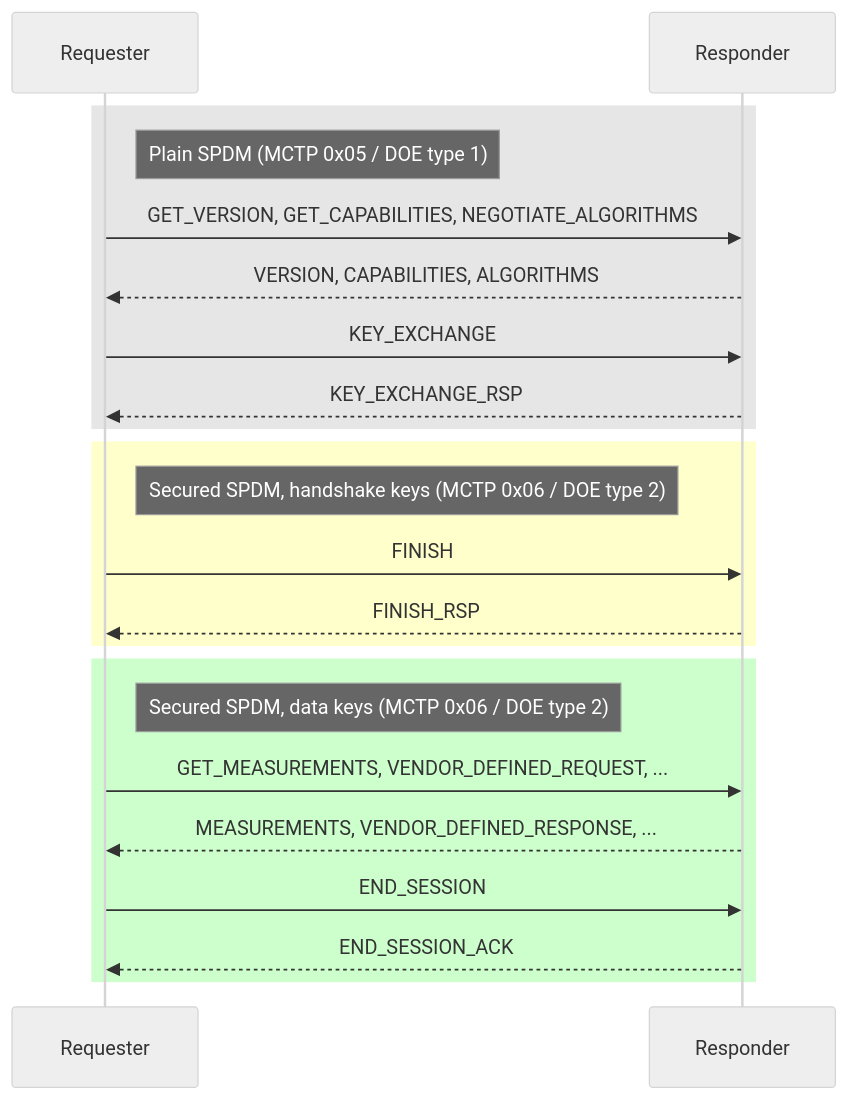
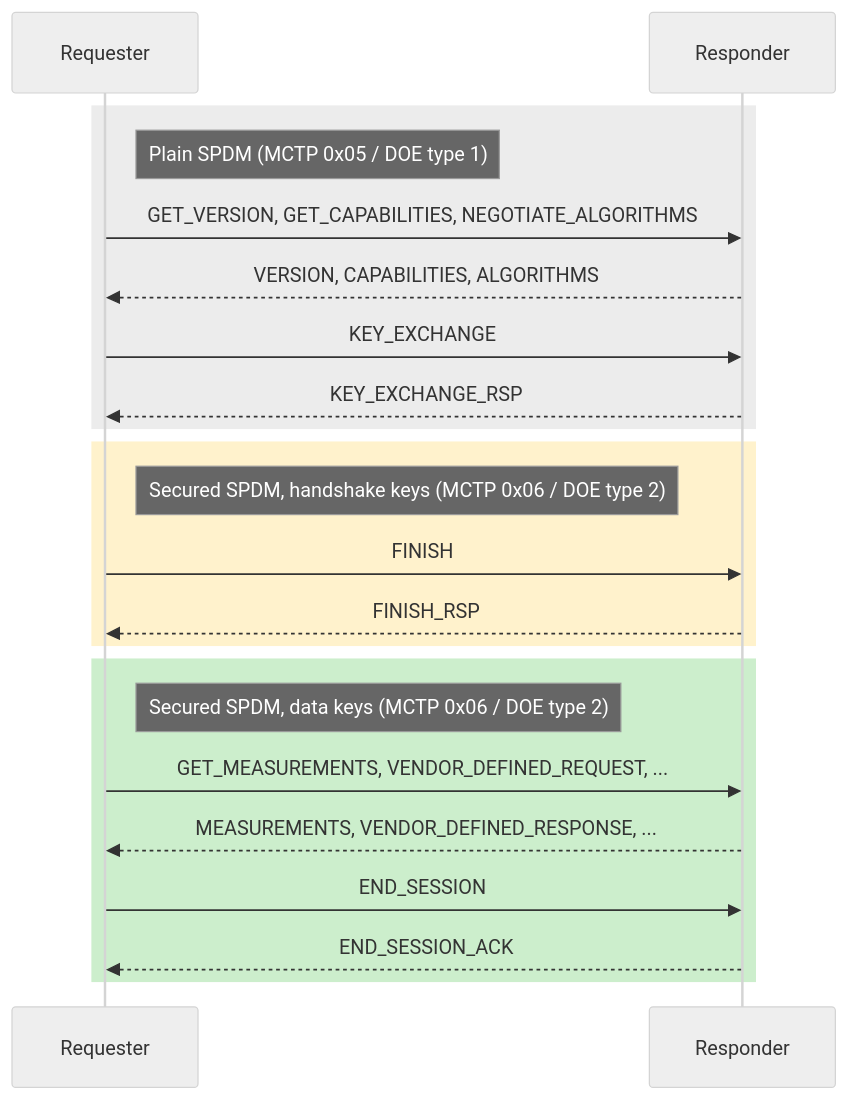
The third of 4 diagrams in docs/src/spdm.md (chipsalliance/caliptra-mcu-sw), drawn with Mermaid (neutral theme) before and after one commit. The commit also changed other lines of this file, not shown here.

Commit message:
Adjust diagram colors, update SPDM spec link to v1.4.0

````diff
--- a/docs/src/spdm.md
+++ b/docs/src/spdm.md
@@ -310,25 +310,25 @@
 ```mermaid
 sequenceDiagram
     participant Requester
     participant Responder
 
-    rect rgb(230, 230, 230)
+    rect rgba(128, 128, 128, 0.15)
         note right of Requester: Plain SPDM (MCTP 0x05 / DOE type 1)
         Requester->>Responder: GET_VERSION, GET_CAPABILITIES, NEGOTIATE_ALGORITHMS
         Responder-->>Requester: VERSION, CAPABILITIES, ALGORITHMS
         Requester->>Responder: KEY_EXCHANGE
         Responder-->>Requester: KEY_EXCHANGE_RSP
     end
-    rect rgb(255, 255, 204)
+    rect rgba(255, 191, 0, 0.2)
         note right of Requester: Secured SPDM, handshake keys (MCTP 0x06 / DOE type 2)
         Requester->>Responder: FINISH
         Responder-->>Requester: FINISH_RSP
     end
-    rect rgb(204, 255, 204)
+    rect rgba(0, 170, 0, 0.2)
         note right of Requester: Secured SPDM, data keys (MCTP 0x06 / DOE type 2)
         Requester->>Responder: GET_MEASUREMENTS, VENDOR_DEFINED_REQUEST, ...
         Responder-->>Requester: MEASUREMENTS, VENDOR_DEFINED_RESPONSE, ...
         Requester->>Responder: END_SESSION
         Responder-->>Requester: END_SESSION_ACK
     end
 ```
````
